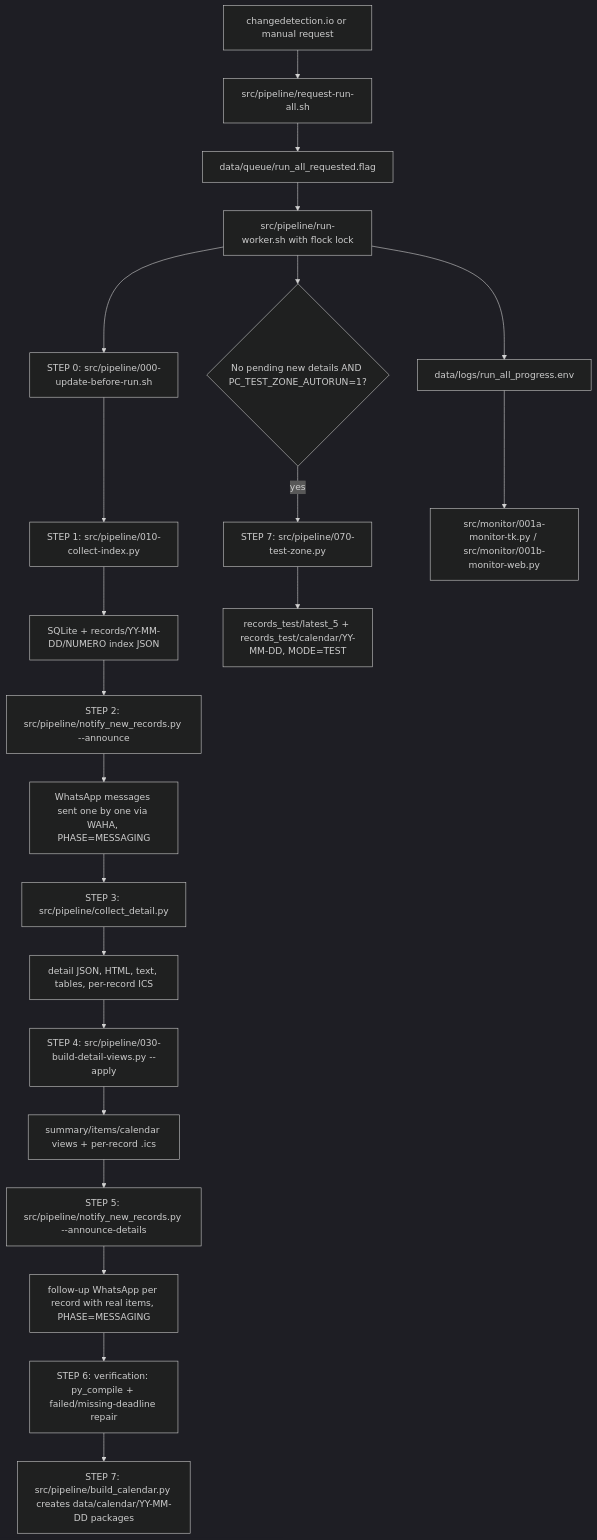
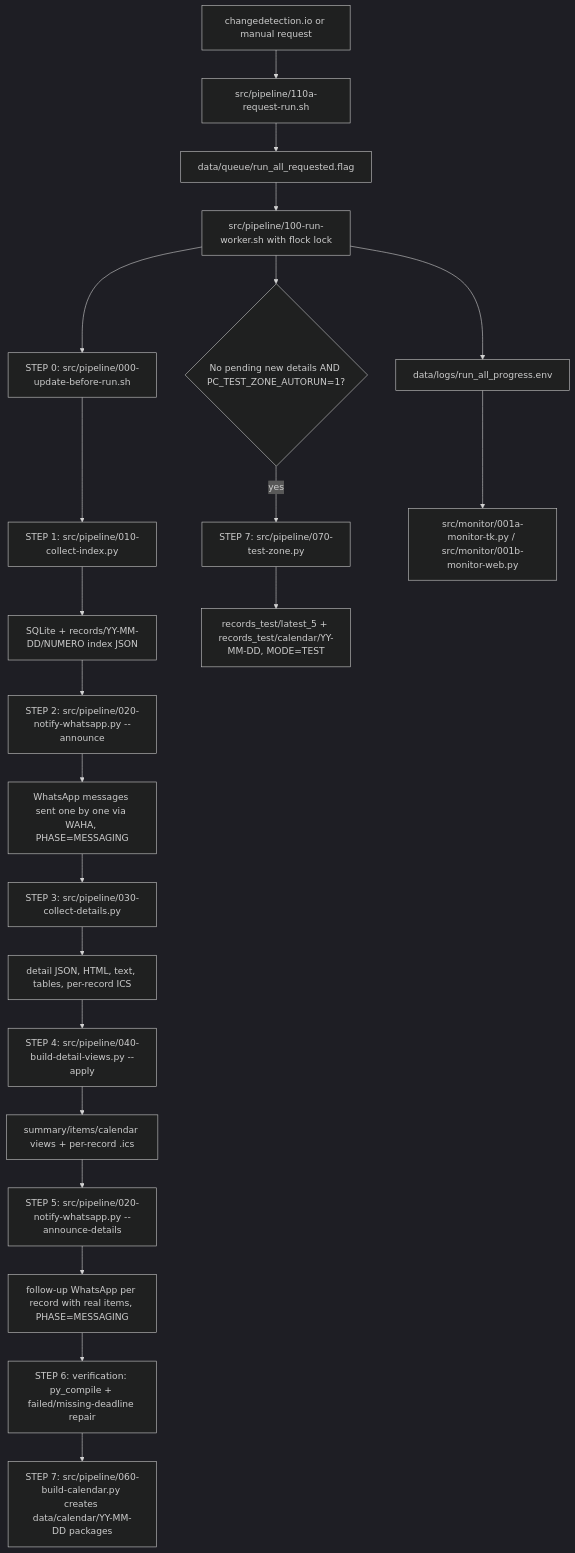
Before and after one commit to 413x-4rtur0/panamacompra-collector-backfill: the diagram in README.md, drawn with Mermaid (dark theme). The commit also changed other lines of this file and 53 other files, not shown here.

````diff
--- a/README.md
+++ b/README.md
@@ -172,24 +172,24 @@
 ```mermaid
 flowchart TD
-    A[changedetection.io or manual request] --> B[src/pipeline/request-run-all.sh]
+    A[changedetection.io or manual request] --> B[src/pipeline/110a-request-run.sh]
     B --> C[data/queue/run_all_requested.flag]
-    C --> D[src/pipeline/run-worker.sh with flock lock]
+    C --> D[src/pipeline/100-run-worker.sh with flock lock]
     D --> U[STEP 0: src/pipeline/000-update-before-run.sh]
     U --> E[STEP 1: src/pipeline/010-collect-index.py]
     E --> F[SQLite + records/YY-MM-DD/NUMERO index JSON]
-    F --> P[STEP 2: src/pipeline/notify_new_records.py --announce]
+    F --> P[STEP 2: src/pipeline/020-notify-whatsapp.py --announce]
     P --> Q[WhatsApp messages sent one by one via WAHA, PHASE=MESSAGING]
-    Q --> G[STEP 3: src/pipeline/collect_detail.py]
+    Q --> G[STEP 3: src/pipeline/030-collect-details.py]
     G --> H[detail JSON, HTML, text, tables, per-record ICS]
-    H --> I[STEP 4: src/pipeline/030-build-detail-views.py --apply]
+    H --> I[STEP 4: src/pipeline/040-build-detail-views.py --apply]
     I --> V[summary/items/calendar views + per-record .ics]
-    V --> W[STEP 5: src/pipeline/notify_new_records.py --announce-details]
+    V --> W[STEP 5: src/pipeline/020-notify-whatsapp.py --announce-details]
     W --> X[follow-up WhatsApp per record with real items, PHASE=MESSAGING]
     X --> R[STEP 6: verification: py_compile + failed/missing-deadline repair]
-    R --> J[STEP 7: src/pipeline/build_calendar.py creates data/calendar/YY-MM-DD packages]
+    R --> J[STEP 7: src/pipeline/060-build-calendar.py creates data/calendar/YY-MM-DD packages]
     D --> K{No pending new details AND PC_TEST_ZONE_AUTORUN=1?}
     K -- yes --> L[STEP 7: src/pipeline/070-test-zone.py]
     L --> M[records_test/latest_5 + records_test/calendar/YY-MM-DD, MODE=TEST]
     D --> N[data/logs/run_all_progress.env]
     N --> O[src/monitor/001a-monitor-tk.py / src/monitor/001b-monitor-web.py]
 ```
````
